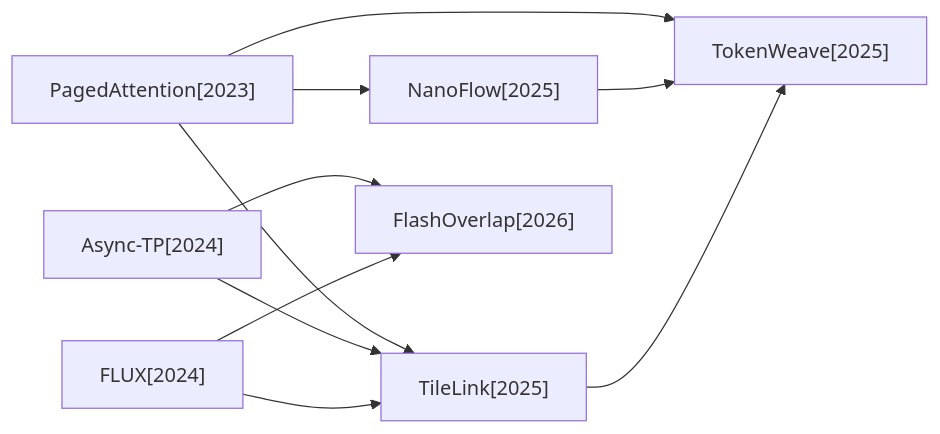
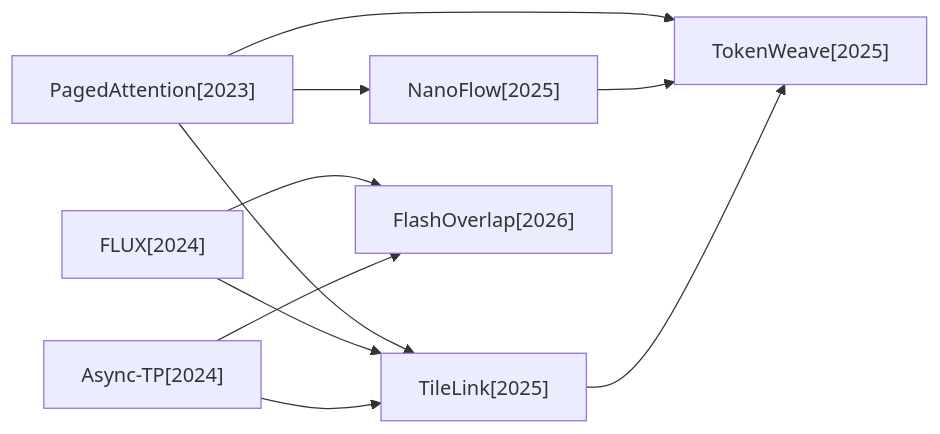
Before and after one commit to hustzxd/EfficientPaper: the first of 5 diagrams in docs/baseline_methods_graph.md, drawn with Mermaid. The commit also changed other lines of this file and 15 other files, not shown here.

````diff
--- a/docs/baseline_methods_graph.md
+++ b/docs/baseline_methods_graph.md
@@ -7,19 +7,19 @@
 ```mermaid
 flowchart LR
     2023_PagedAttention["PagedAttention[2023]"]
+    2024_FLUX["FLUX[2024]"]
+    2024_Async_TP["Async-TP[2024]"]
     2025_TokenWeave["TokenWeave[2025]"]
-    2024_Async_TP["Async-TP[2024]"]
     2025_NanoFlow["NanoFlow[2025]"]
-    2024_FLUX["FLUX[2024]"]
     2025_TileLink["TileLink[2025]"]
     2026_FlashOverlap["FlashOverlap[2026]"]
     2023_PagedAttention --> 2025_TileLink
     2023_PagedAttention --> 2025_NanoFlow
     2023_PagedAttention --> 2025_TokenWeave
+    2024_FLUX --> 2025_TileLink
+    2024_FLUX --> 2026_FlashOverlap
     2024_Async_TP --> 2025_TileLink
     2024_Async_TP --> 2026_FlashOverlap
     2025_NanoFlow --> 2025_TokenWeave
-    2024_FLUX --> 2025_TileLink
-    2024_FLUX --> 2026_FlashOverlap
     2025_TileLink --> 2025_TokenWeave
 ```
````
